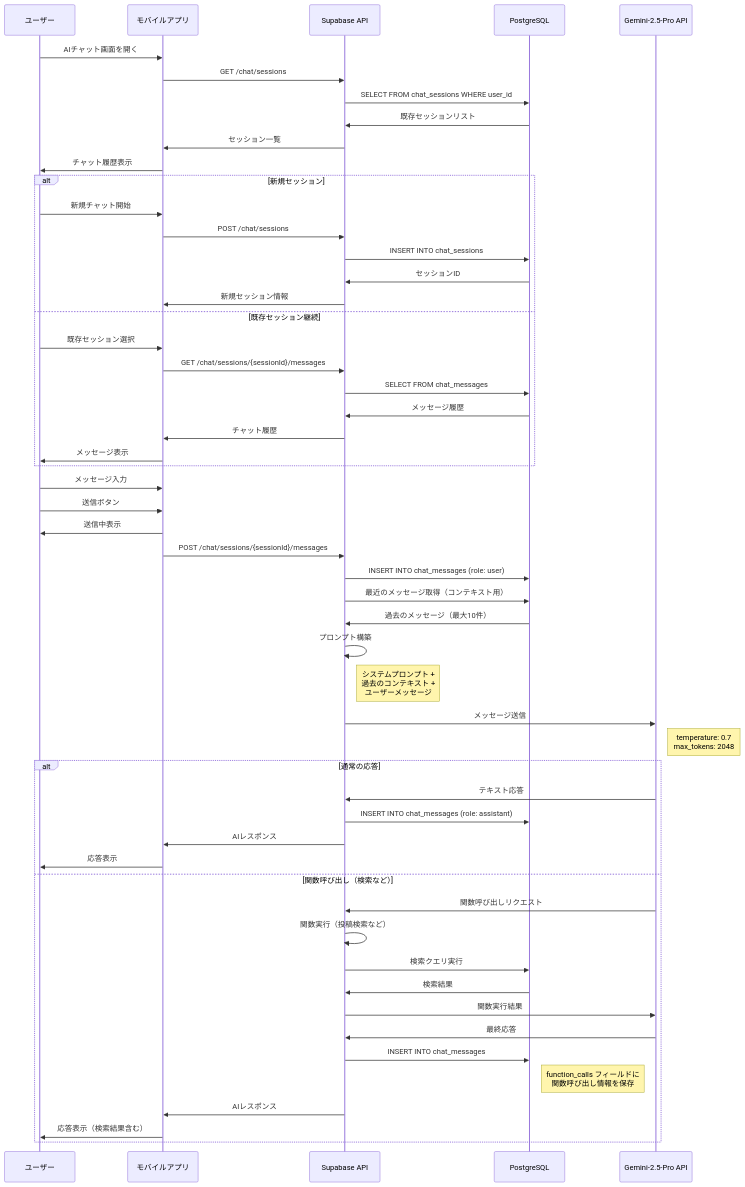
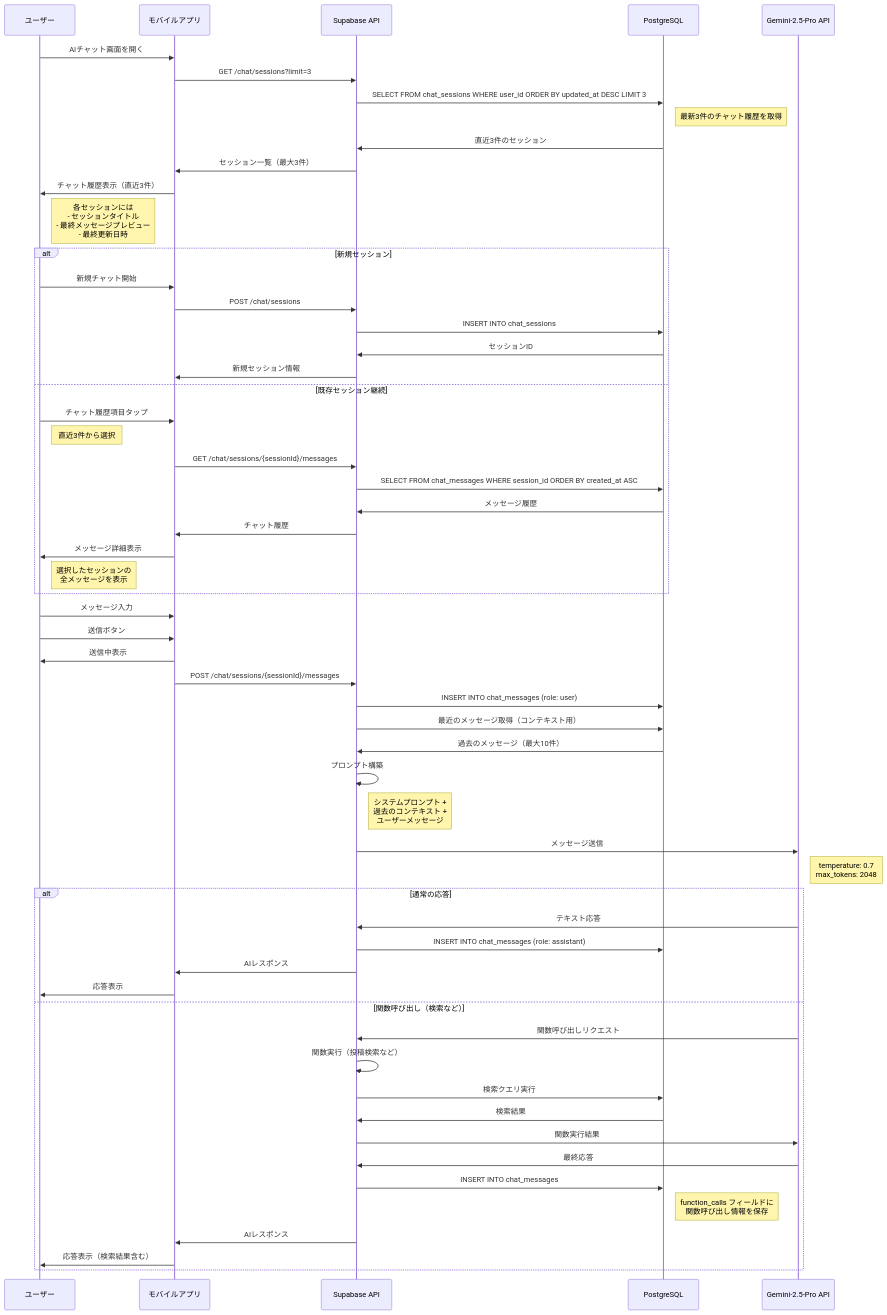
The third of 12 diagrams in doc/sequences/09_ai_search.md (okap-goldman/kanushi), drawn with Mermaid before and after one commit. The commit also changed 101 other files, not shown here.

````diff
--- a/doc/sequences/09_ai_search.md
+++ b/doc/sequences/09_ai_search.md
@@ -84,63 +84,67 @@
 ```mermaid
 sequenceDiagram
     participant User as ユーザー
     participant App as モバイルアプリ
     participant API as Supabase API
     participant DB as PostgreSQL
     participant Gemini as Gemini-2.5-Pro API
 
     User->>App: AIチャット画面を開く
-    App->>API: GET /chat/sessions
-    API->>DB: SELECT FROM chat_sessions WHERE user_id
-    DB->>API: 既存セッションリスト
-    API->>App: セッション一覧
-    App->>User: チャット履歴表示
+    App->>API: GET /chat/sessions?limit=3
+    API->>DB: SELECT FROM chat_sessions WHERE user_id ORDER BY updated_at DESC LIMIT 3
+    note right of DB: 最新3件のチャット履歴を取得
+    DB->>API: 直近3件のセッション
+    API->>App: セッション一覧（最大3件）
+    App->>User: チャット履歴表示（直近3件）
+    note right of User: 各セッションには<br/>- セッションタイトル<br/>- 最終メッセージプレビュー<br/>- 最終更新日時
     
     alt 新規セッション
         User->>App: 新規チャット開始
         App->>API: POST /chat/sessions
         API->>DB: INSERT INTO chat_sessions
         DB->>API: セッションID
         API->>App: 新規セッション情報
     else 既存セッション継続
-        User->>App: 既存セッション選択
+        User->>App: チャット履歴項目タップ
+        note right of User: 直近3件から選択
         App->>API: GET /chat/sessions/{sessionId}/messages
-        API->>DB: SELECT FROM chat_messages
+        API->>DB: SELECT FROM chat_messages WHERE session_id ORDER BY created_at ASC
         DB->>API: メッセージ履歴
         API->>App: チャット履歴
-        App->>User: メッセージ表示
+        App->>User: メッセージ詳細表示
+        note right of User: 選択したセッションの<br/>全メッセージを表示
     end
     
     User->>App: メッセージ入力
     User->>App: 送信ボタン
     App->>User: 送信中表示
     App->>API: POST /chat/sessions/{sessionId}/messages
     
     API->>DB: INSERT INTO chat_messages (role: user)
     API->>DB: 最近のメッセージ取得（コンテキスト用）
     DB->>API: 過去のメッセージ（最大10件）
     
     API->>API: プロンプト構築
     note right of API: システムプロンプト +<br/>過去のコンテキスト +<br/>ユーザーメッセージ
     
     API->>Gemini: メッセージ送信
     note right of Gemini: temperature: 0.7<br/>max_tokens: 2048
     
     alt 通常の応答
         Gemini->>API: テキスト応答
         API->>DB: INSERT INTO chat_messages (role: assistant)
         API->>App: AIレスポンス
         App->>User: 応答表示
     else 関数呼び出し（検索など）
         Gemini->>API: 関数呼び出しリクエスト
         API->>API: 関数実行（投稿検索など）
         API->>DB: 検索クエリ実行
         DB->>API: 検索結果
         API->>Gemini: 関数実行結果
         Gemini->>API: 最終応答
         API->>DB: INSERT INTO chat_messages
         note right of DB: function_calls フィールドに<br/>関数呼び出し情報を保存
         API->>App: AIレスポンス
         App->>User: 応答表示（検索結果含む）
     end
 ```
````
